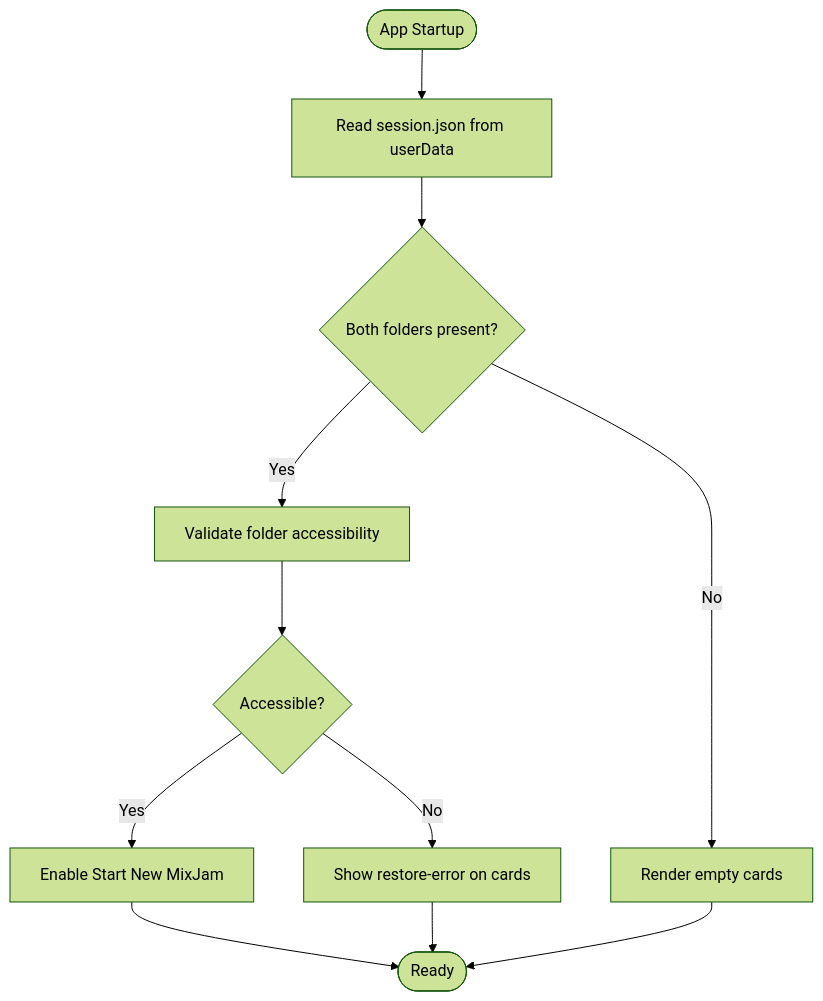
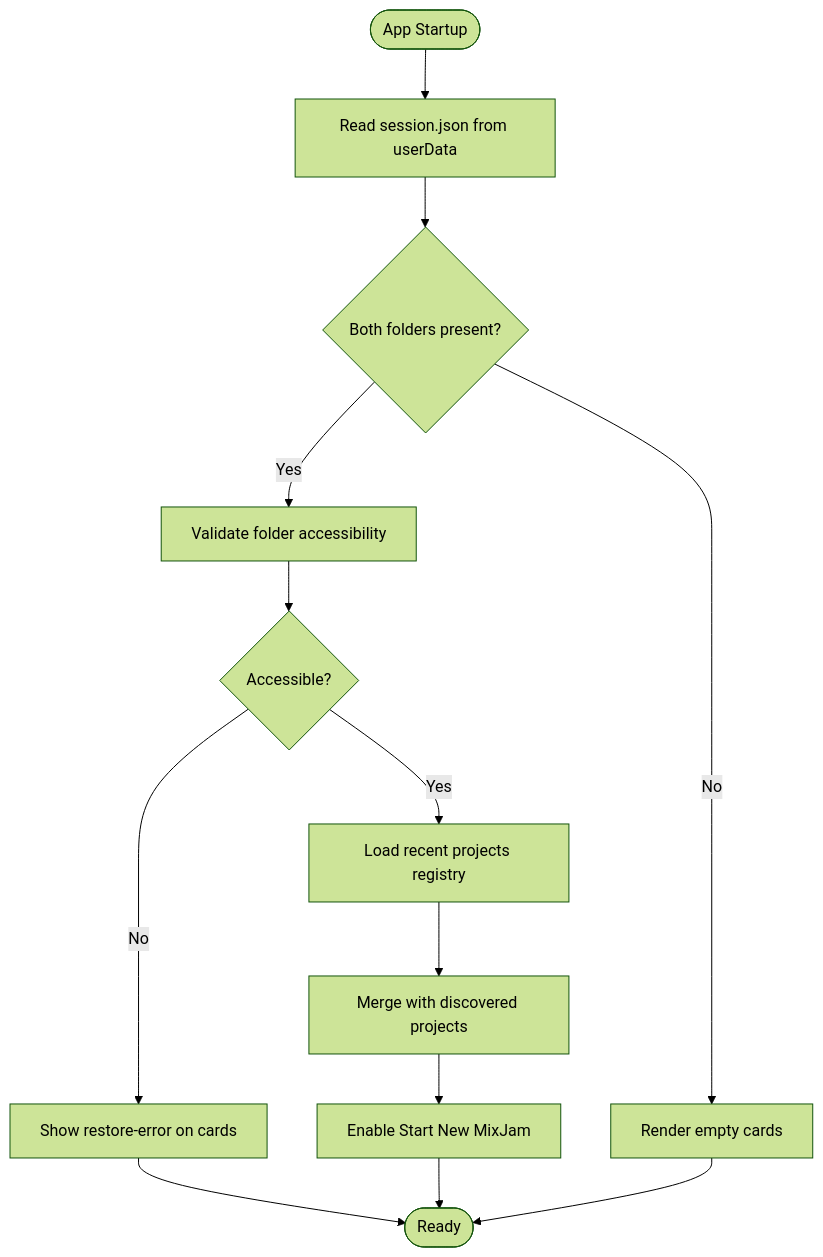
One commit to satyrlord/mixjam-electron changed the third of 11 diagrams in .qoder/repowiki/en/content/Session Management.md. Above: the diagram before and after it, drawn with Mermaid (forest theme). The commit also changed other lines of this file and 104 other files, not shown here.

First line of the commit message:
fix(config): update markdownlint schema and cleanup ignored paths

````diff
--- a/.qoder/repowiki/en/content/Session Management.md
+++ b/.qoder/repowiki/en/content/Session Management.md
@@ -140,13 +167,15 @@
 ```mermaid
 flowchart TD
 Start(["App Startup"]) --> ReadSession["Read session.json from userData"]
 ReadSession --> HasFolders{"Both folders present?"}
 HasFolders --> |Yes| Validate["Validate folder accessibility"]
 HasFolders --> |No| EmptyState["Render empty cards"]
 Validate --> Valid{"Accessible?"}
-Valid --> |Yes| EnableButton["Enable Start New MixJam"]
+Valid --> |Yes| LoadRecent["Load recent projects registry"]
 Valid --> |No| ErrorState["Show restore-error on cards"]
-EnableButton --> End(["Ready"])
-ErrorState --> End
+LoadRecent --> MergeDiscover["Merge with discovered projects"]
+MergeDiscover --> EnableButton["Enable Start New MixJam"]
+ErrorState --> End(["Ready"])
+EnableButton --> End
 EmptyState --> End
 ```
````
